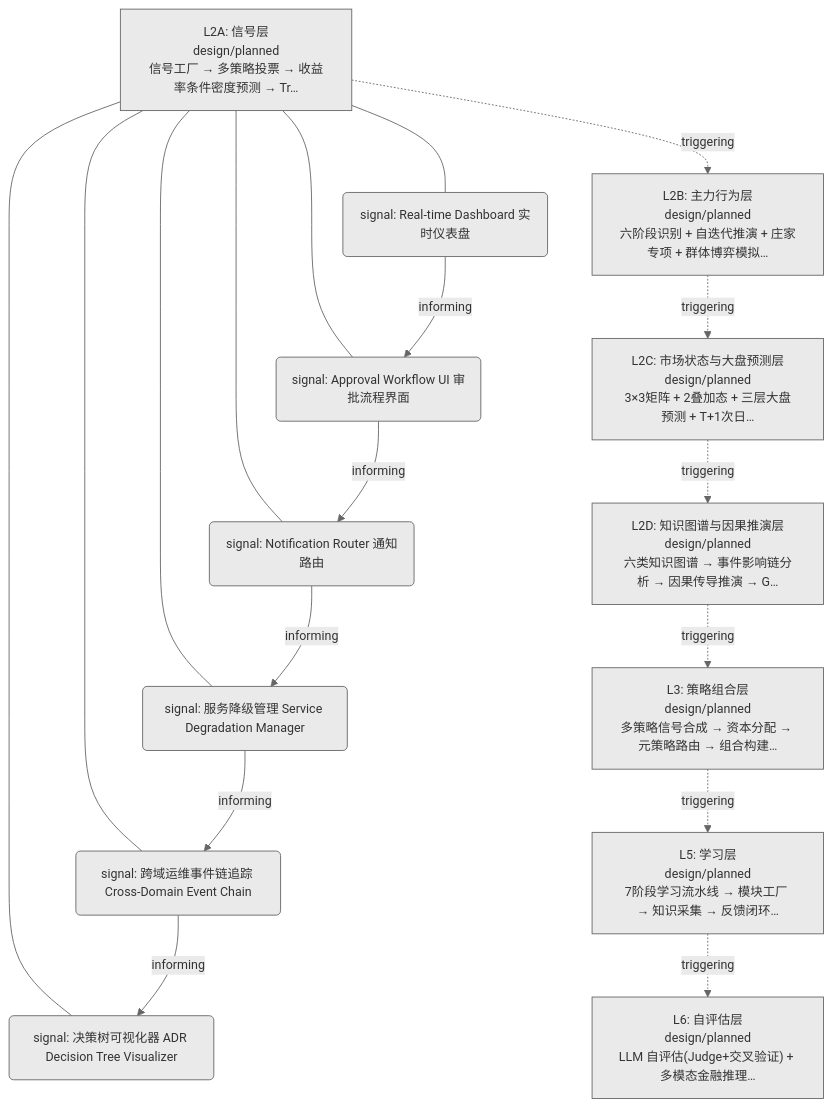
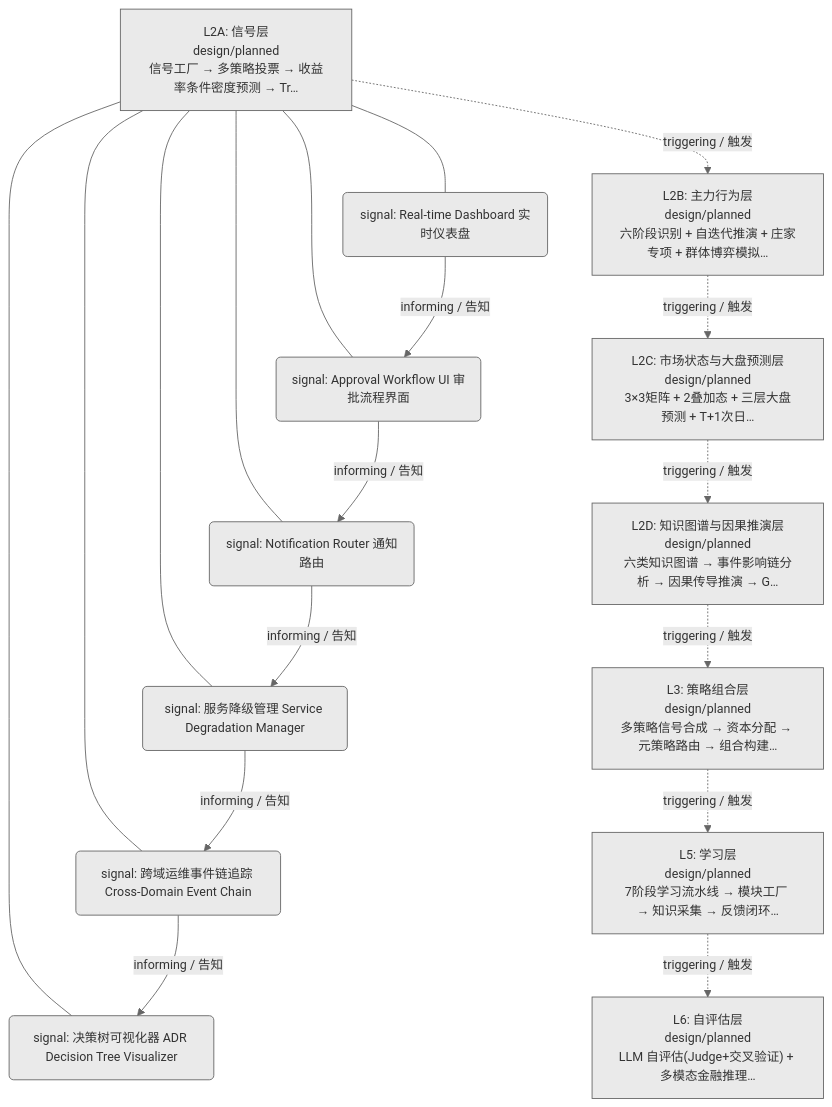
Before and after one commit to xuanFelixVan/ZephyrAlpha: the first of 2 diagrams in docs/02_enterprise_architecture/06_decision_architecture/08_decision_l2a_frontend.md, drawn with Mermaid. The commit also changed other lines of this file and 23 other files, not shown here.

First line of the commit message:
feat(decision-diagram): mermaid 边标签加中文（triggering/触发 等）

````diff
--- a/docs/02_enterprise_architecture/06_decision_architecture/08_decision_l2a_frontend.md
+++ b/docs/02_enterprise_architecture/06_decision_architecture/08_decision_l2a_frontend.md
@@ -21,34 +21,34 @@
 ```mermaid
 %%{init: {'theme': 'base', 'themeVariables': {'primaryColor': '#eaeaea', 'primaryTextColor': '#333333', 'primaryBorderColor': '#666666', 'lineColor': '#666666', 'secondaryColor': '#eaeaea', 'tertiaryColor': '#eaeaea', 'fontSize': '14px'}}}%%
 flowchart TD
     LL2A["L2A: 信号层<br/>design/planned<br/>信号工厂 → 多策略投票 → 收益率条件密度预测 → Tr…"]
     N200("signal: Approval Workflow UI 审批流程界面")
     LL2A --- N200
     N201("signal: Notification Router 通知路由")
     LL2A --- N201
     N202("signal: Real-time Dashboard 实时仪表盘")
     LL2A --- N202
     N203("signal: 决策树可视化器 ADR Decision Tree Visualizer")
     LL2A --- N203
     N209("signal: 服务降级管理 Service Degradation Manager")
     LL2A --- N209
     N210("signal: 跨域运维事件链追踪 Cross-Domain Event Chain")
     LL2A --- N210
     LL2B["L2B: 主力行为层<br/>design/planned<br/>六阶段识别 + 自迭代推演 + 庄家专项 + 群体博弈模拟…"]
     LL2C["L2C: 市场状态与大盘预测层<br/>design/planned<br/>3×3矩阵 + 2叠加态 + 三层大盘预测 + T+1次日…"]
     LL2D["L2D: 知识图谱与因果推演层<br/>design/planned<br/>六类知识图谱 → 事件影响链分析 → 因果传导推演 → G…"]
     LL3["L3: 策略组合层<br/>design/planned<br/>多策略信号合成 → 资本分配 → 元策略路由 → 组合构建…"]
     LL5["L5: 学习层<br/>design/planned<br/>7阶段学习流水线 → 模块工厂 → 知识采集 → 反馈闭环…"]
     LL6["L6: 自评估层<br/>design/planned<br/>LLM 自评估(Judge+交叉验证) + 多模态金融推理…"]
-    LL2A -.->|triggering| LL2B
-    LL2B -.->|triggering| LL2C
-    LL2C -.->|triggering| LL2D
-    LL2D -.->|triggering| LL3
-    LL3 -.->|triggering| LL5
-    LL5 -.->|triggering| LL6
-    N202 -->|informing| N200
-    N200 -->|informing| N201
-    N201 -->|informing| N209
-    N209 -->|informing| N210
-    N210 -->|informing| N203
+    LL2A -.->|triggering / 触发| LL2B
+    LL2B -.->|triggering / 触发| LL2C
+    LL2C -.->|triggering / 触发| LL2D
+    LL2D -.->|triggering / 触发| LL3
+    LL3 -.->|triggering / 触发| LL5
+    LL5 -.->|triggering / 触发| LL6
+    N202 -->|informing / 告知| N200
+    N200 -->|informing / 告知| N201
+    N201 -->|informing / 告知| N209
+    N209 -->|informing / 告知| N210
+    N210 -->|informing / 告知| N203
 ```
````
